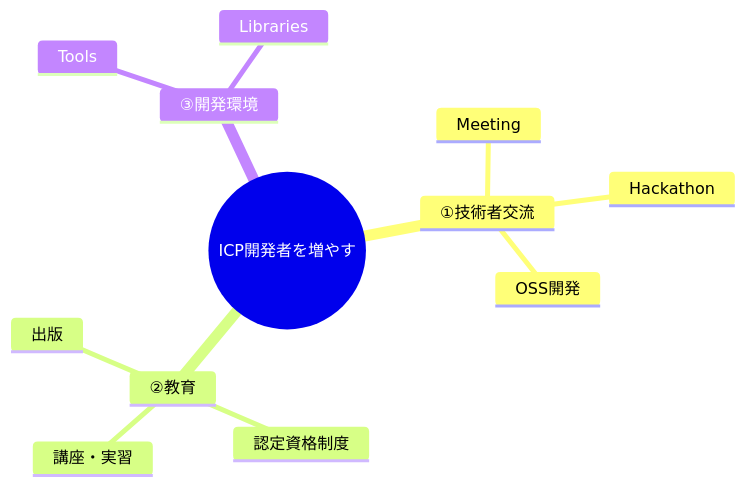
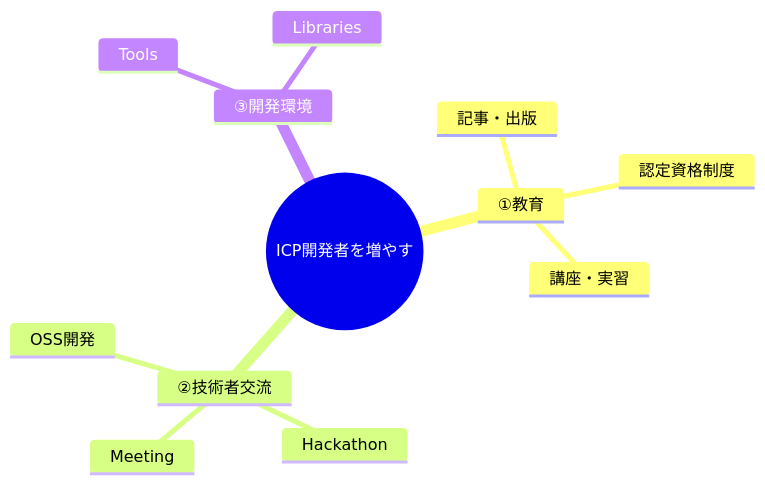
The second of 2 diagrams in README.md (toshio/icp_ideation), drawn with Mermaid before and after one commit. The commit also changed other lines of this file and 1 other file, not shown here.

````diff
--- a/README.md
+++ b/README.md
@@ -144,15 +206,15 @@
 ```mermaid
 mindmap
   root((ICP開発者を増やす))
-    ①技術者交流
+    ①教育
+      記事・出版
+      講座・実習
+      認定資格制度
+    ②技術者交流
       Meeting
       Hackathon
       OSS開発
-    ②教育
-      講座・実習
-      認定資格制度
-      出版
     ③開発環境
       Tools
       Libraries
 ```
````
